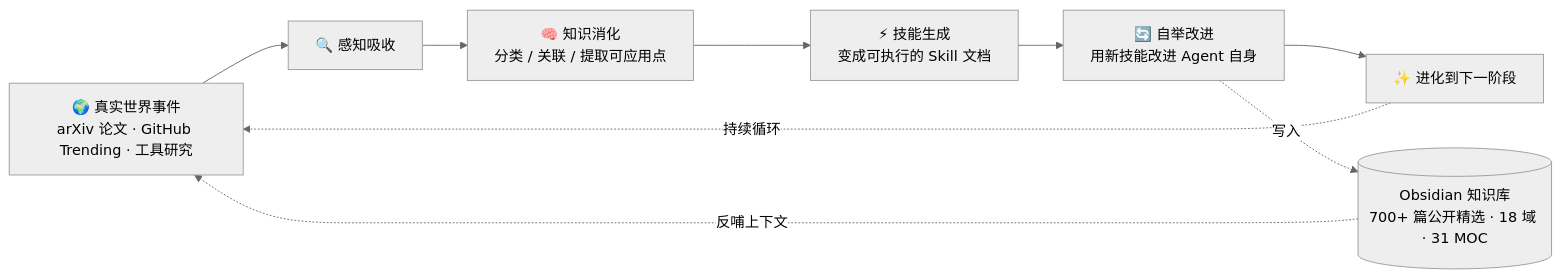
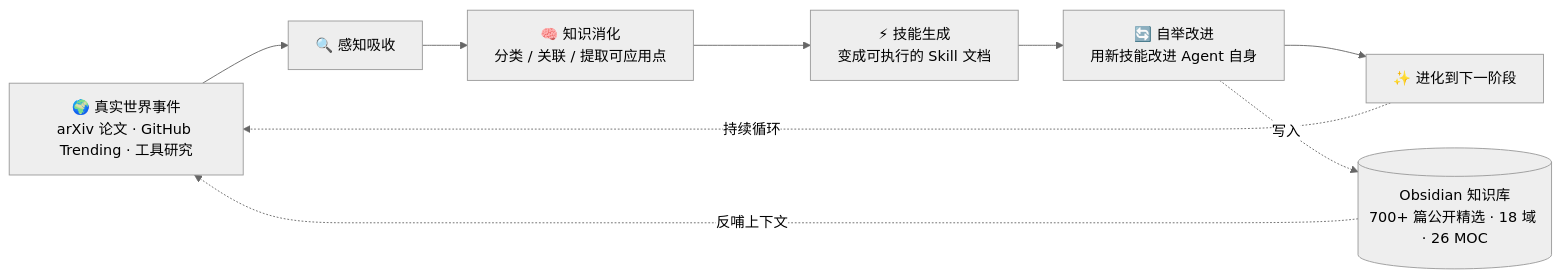
One commit to mo9652962-ai/second-brain changed the diagram in README.md. Above: the diagram before and after it, drawn with Mermaid (neutral theme). The commit also changed other lines of this file and 7 other files, not shown here.

````diff
--- a/README.md
+++ b/README.md
@@ -86,11 +86,11 @@
 ```mermaid
 graph LR
     A[🌍 真实世界事件<br/>arXiv 论文 · GitHub Trending · 工具研究] --> B[🔍 感知吸收]
     B --> C[🧠 知识消化<br/>分类 / 关联 / 提取可应用点]
     C --> D[⚡ 技能生成<br/>变成可执行的 Skill 文档]
     D --> E[🔄 自举改进<br/>用新技能改进 Agent 自身]
     E --> F[✨ 进化到下一阶段]
     F -. 持续循环 .-> A
-    E -. 写入 .-> G[(Obsidian 知识库<br/>700+ 篇公开精选 · 18 域 · 31 MOC)]
+    E -. 写入 .-> G[(Obsidian 知识库<br/>700+ 篇公开精选 · 18 域 · 26 MOC)]
     G -. 反哺上下文 .-> A
 ```
````
